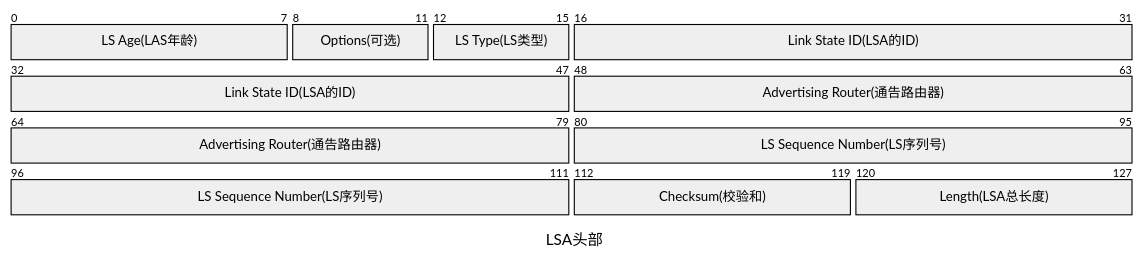
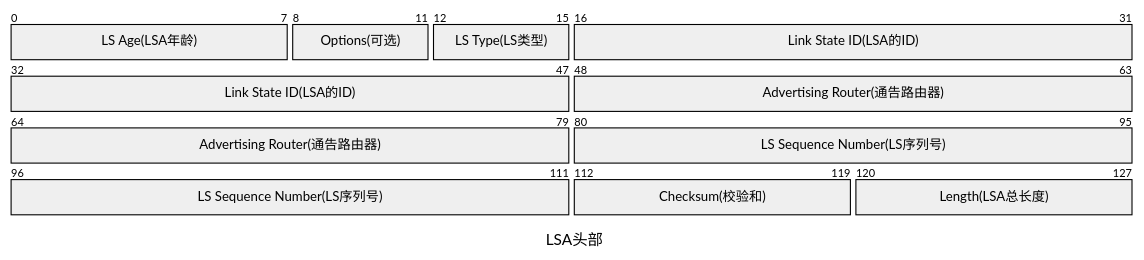
Before and after one commit to Wavepoet/hikari_Notes_Datacom: the tenth of 16 diagrams in 理论/路由技术/OSPF.md, drawn with Mermaid. The commit also changed other lines of this file and 44 other files, not shown here.

````diff
--- a/理论/路由技术/OSPF.md
+++ b/理论/路由技术/OSPF.md
@@ -688,12 +688,12 @@
 ```mermaid
 packet-beta
 title LSA头部
-0-7:"LS Age(LAS年龄)"
+0-7:"LS Age(LSA年龄)"
 8-11:"Options(可选)"
 12-15:"LS Type(LS类型)"
 16-47:"Link State ID(LSA的ID)"
 48-79:"Advertising Router(通告路由器)"
 80-111:"LS Sequence Number(LS序列号)"
 112-119:"Checksum(校验和)"
 120-127:"Length(LSA总长度)"
 ```
````
